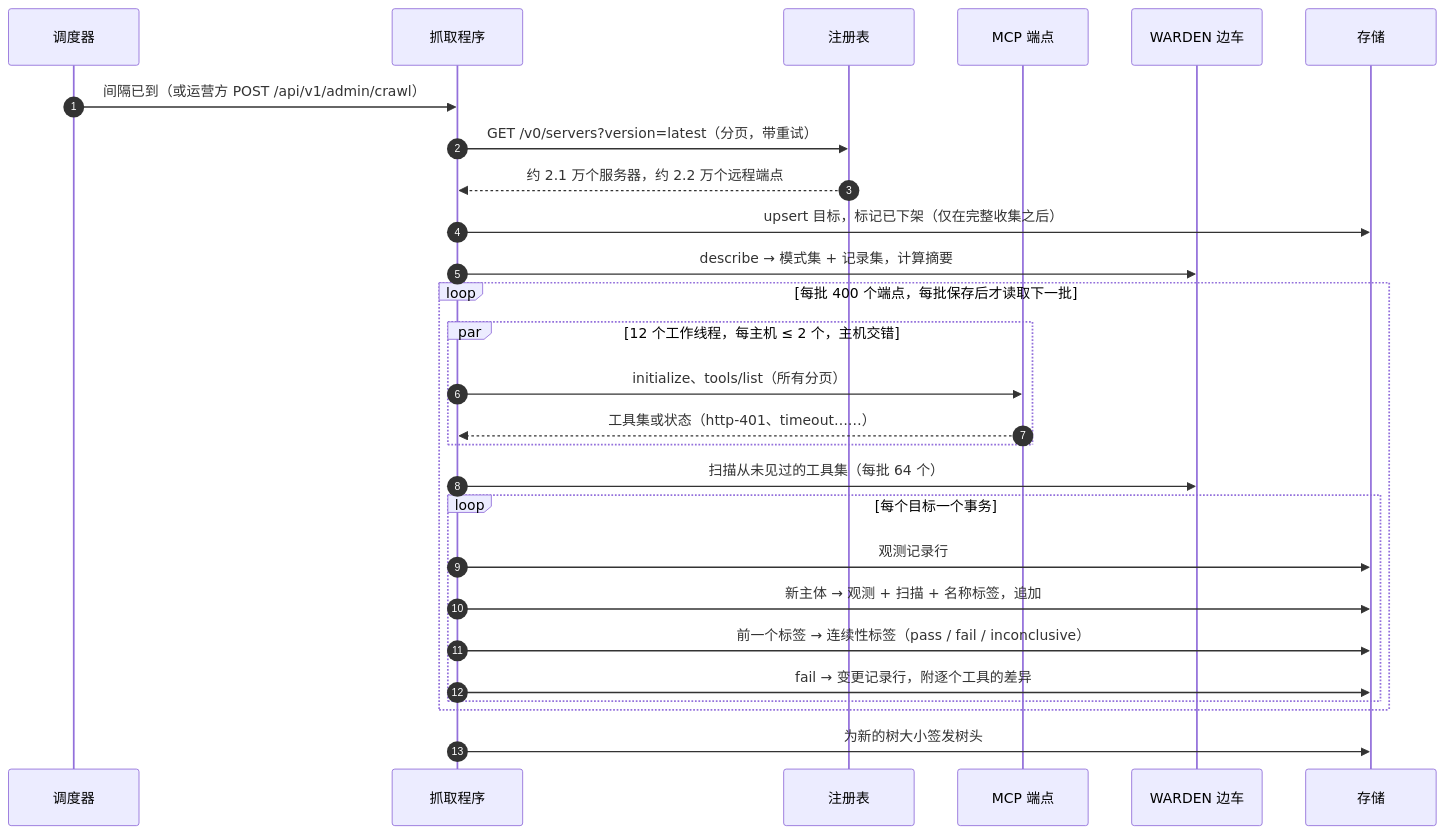
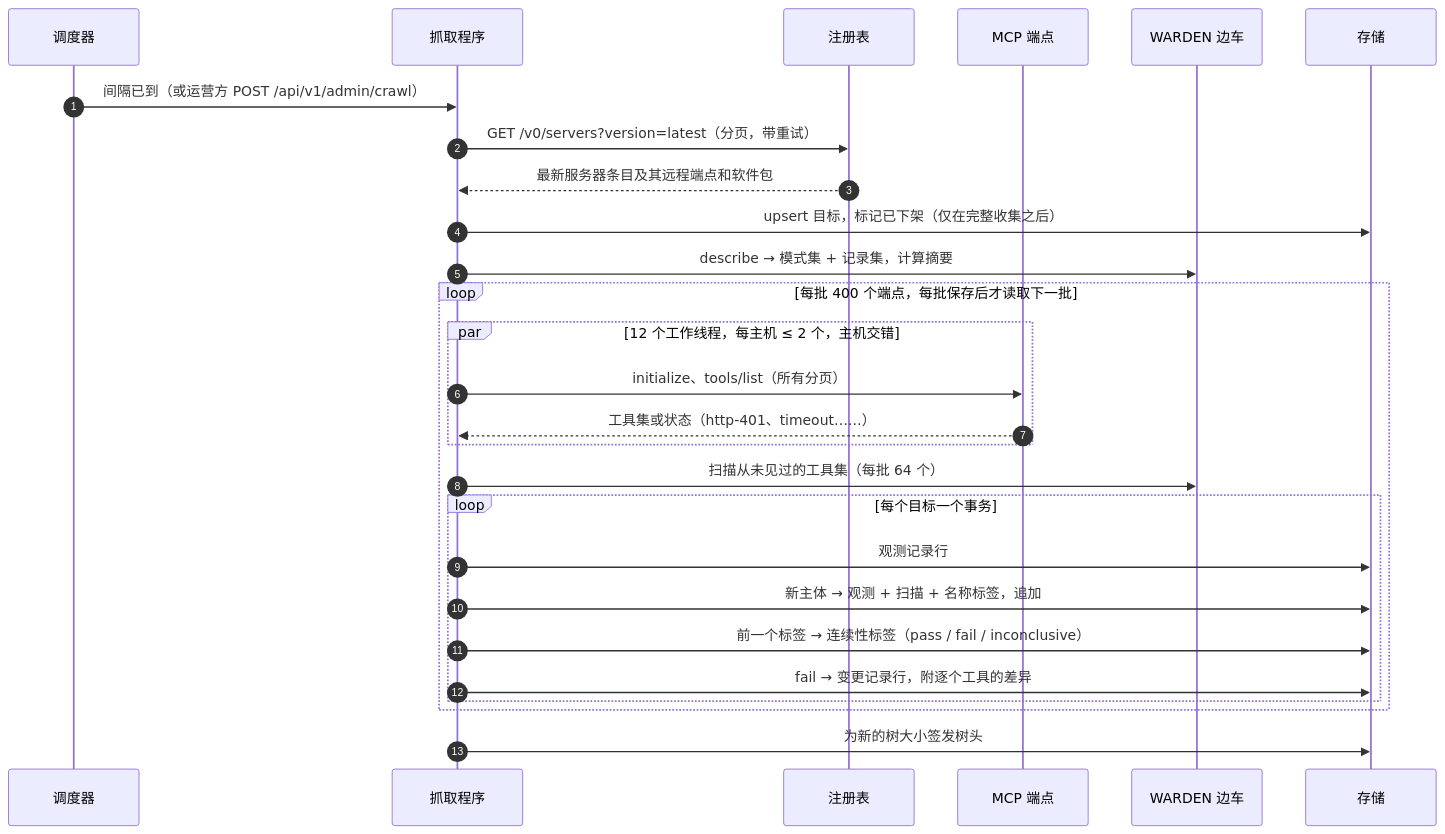
Before and after one commit to alexar76/histor: the second of 4 diagrams in docs/architecture.zh.md, drawn with Mermaid. The commit also changed other lines of this file and 42 other files, not shown here.

````diff
--- a/docs/architecture.zh.md
+++ b/docs/architecture.zh.md
@@ -58,29 +58,29 @@
 ```mermaid
 sequenceDiagram
     autonumber
     participant S as 调度器
     participant C as 抓取程序
     participant R as 注册表
     participant M as MCP 端点
     participant W as WARDEN 边车
     participant DB as 存储
     S->>C: 间隔已到（或运营方 POST /api/v1/admin/crawl）
     C->>R: GET /v0/servers?version=latest（分页，带重试）
-    R-->>C: 约 2.1 万个服务器，约 2.2 万个远程端点
+    R-->>C: 最新服务器条目及其远程端点和软件包
     C->>DB: upsert 目标，标记已下架（仅在完整收集之后）
     C->>W: describe → 模式集 + 记录集，计算摘要
     loop 每批 400 个端点，每批保存后才读取下一批
     par 12 个工作线程，每主机 ≤ 2 个，主机交错
         C->>M: initialize、tools/list（所有分页）
         M-->>C: 工具集或状态（http-401、timeout……）
     end
     C->>W: 扫描从未见过的工具集（每批 64 个）
     loop 每个目标一个事务
         C->>DB: 观测记录行
         C->>DB: 新主体 → 观测 + 扫描 + 名称标签，追加
         C->>DB: 前一个标签 → 连续性标签（pass / fail / inconclusive）
         C->>DB: fail → 变更记录行，附逐个工具的差异
     end
     end
     C->>DB: 为新的树大小签发树头
 ```
````
